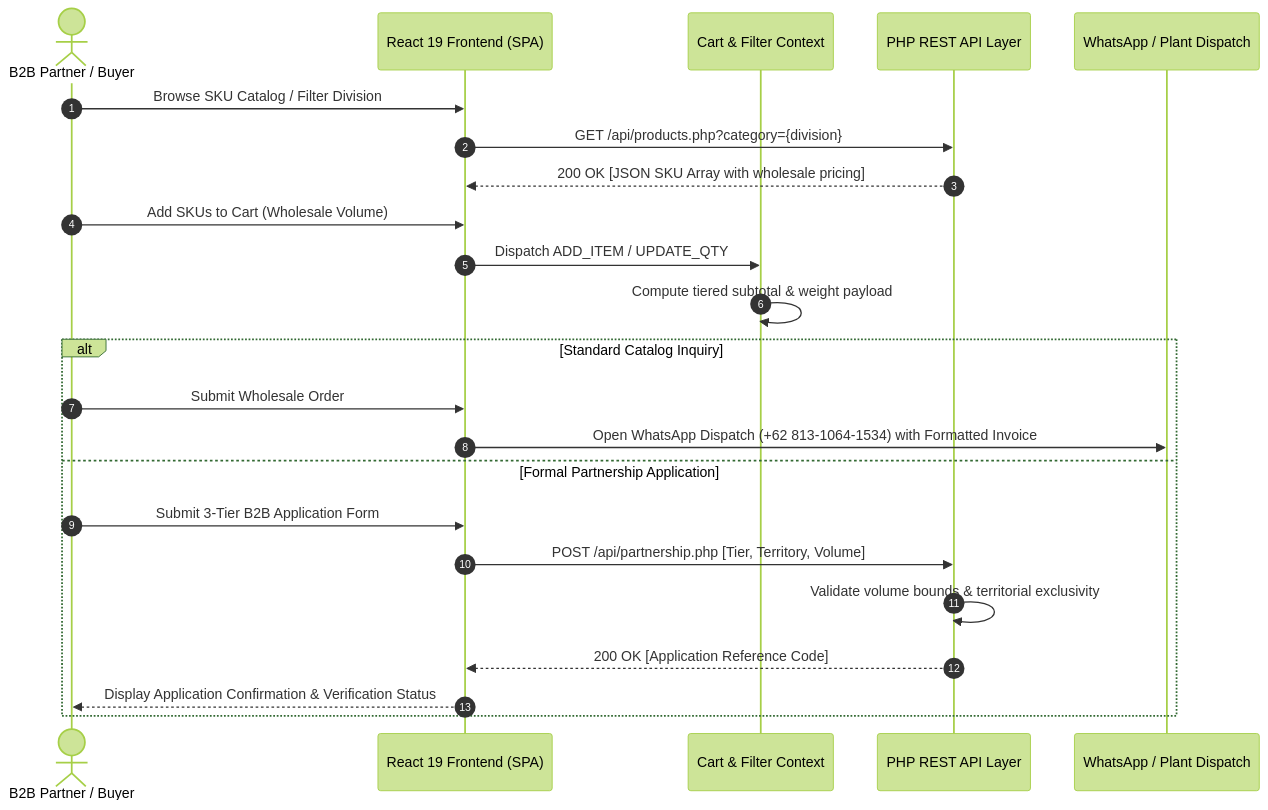
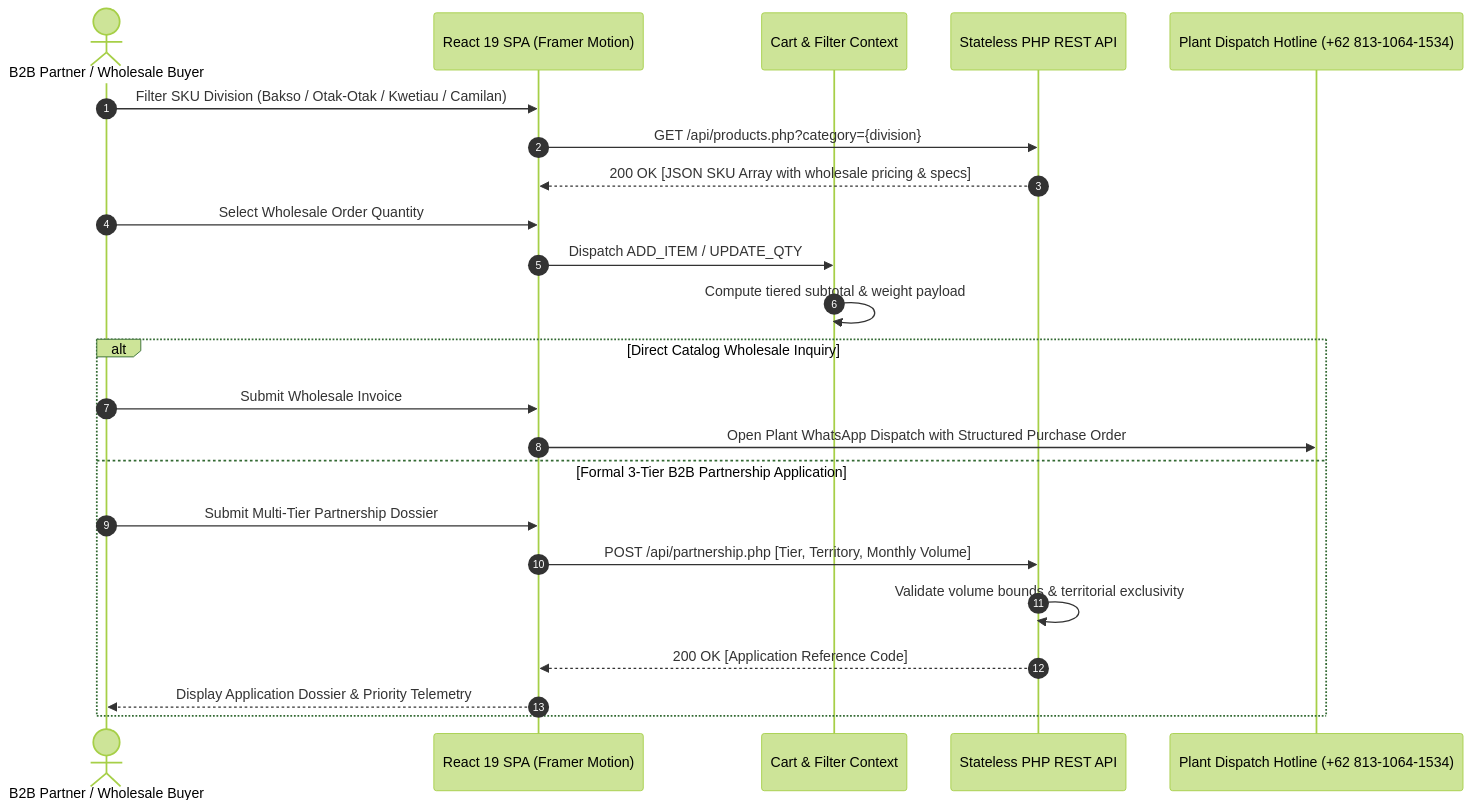
Before and after one commit to fauzinoorsyabani/CV.Putra-AR: the diagram in README.md, drawn with Mermaid (forest theme). The commit also changed other lines of this file, not shown here.

Commit message:
docs: expand enterprise architecture README inspired by cordon standard

````diff
--- a/README.md
+++ b/README.md
@@ -64,28 +79,28 @@
 ```mermaid
 sequenceDiagram
     autonumber
-    actor Partner as B2B Partner / Buyer
-    participant UI as React 19 Frontend (SPA)
+    actor Partner as B2B Partner / Wholesale Buyer
+    participant UI as React 19 SPA (Framer Motion)
     participant State as Cart & Filter Context
-    participant API as PHP REST API Layer
-    participant Dispatch as WhatsApp / Plant Dispatch
+    participant API as Stateless PHP REST API
+    participant Dispatch as Plant Dispatch Hotline (+62 813-1064-1534)
 
-    Partner->>UI: Browse SKU Catalog / Filter Division
+    Partner->>UI: Filter SKU Division (Bakso / Otak-Otak / Kwetiau / Camilan)
     UI->>API: GET /api/products.php?category={division}
-    API-->>UI: 200 OK [JSON SKU Array with wholesale pricing]
+    API-->>UI: 200 OK [JSON SKU Array with wholesale pricing & specs]
     
-    Partner->>UI: Add SKUs to Cart (Wholesale Volume)
+    Partner->>UI: Select Wholesale Order Quantity
     UI->>State: Dispatch ADD_ITEM / UPDATE_QTY
     State->>State: Compute tiered subtotal & weight payload
     
-    alt Standard Catalog Inquiry
-        Partner->>UI: Submit Wholesale Order
-        UI->>Dispatch: Open WhatsApp Dispatch (+62 813-1064-1534) with Formatted Invoice
-    else Formal Partnership Application
-        Partner->>UI: Submit 3-Tier B2B Application Form
-        UI->>API: POST /api/partnership.php [Tier, Territory, Volume]
+    alt Direct Catalog Wholesale Inquiry
+        Partner->>UI: Submit Wholesale Invoice
+        UI->>Dispatch: Open Plant WhatsApp Dispatch with Structured Purchase Order
+    else Formal 3-Tier B2B Partnership Application
+        Partner->>UI: Submit Multi-Tier Partnership Dossier
+        UI->>API: POST /api/partnership.php [Tier, Territory, Monthly Volume]
         API->>API: Validate volume bounds & territorial exclusivity
         API-->>UI: 200 OK [Application Reference Code]
-        UI-->>Partner: Display Application Confirmation & Verification Status
+        UI-->>Partner: Display Application Dossier & Priority Telemetry
     end
 ```
````
